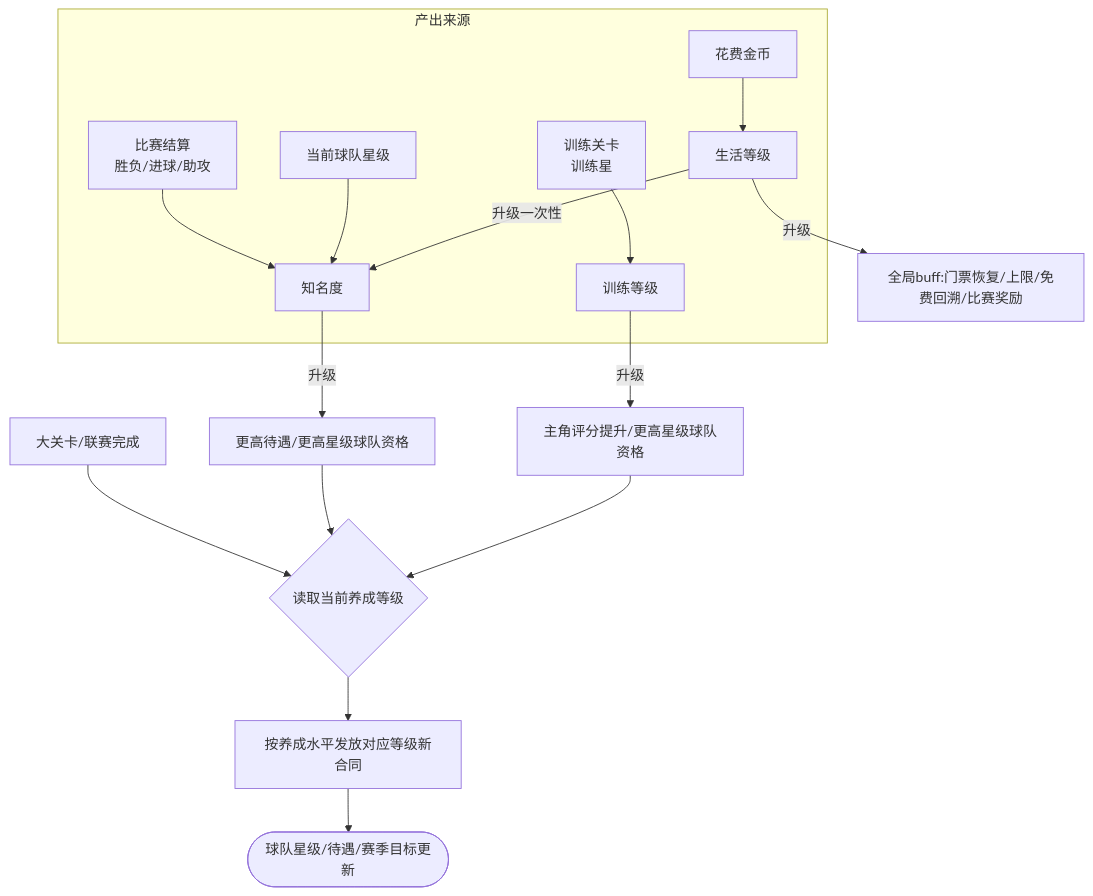
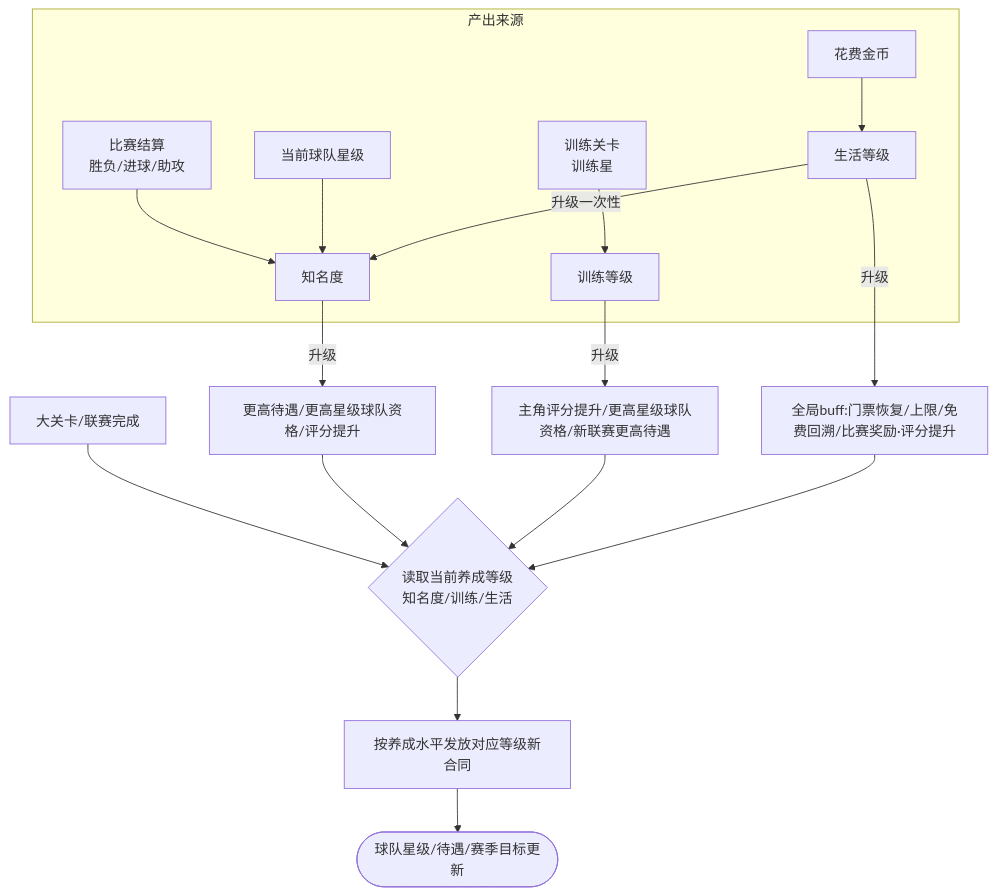
The fourth of 11 diagrams in output/2026世界杯主题活动-开发文档.md (RehearsalTap4Fun/MindToDoc), drawn with Mermaid before and after one commit. The commit also changed other lines of this file, not shown here.

````diff
--- a/output/2026世界杯主题活动-开发文档.md
+++ b/output/2026世界杯主题活动-开发文档.md
@@ -385,18 +388,19 @@
 ```mermaid
 flowchart TD
     subgraph 产出来源
     A[比赛结算<br/>胜负/进球/助攻] --> N[知名度]
     B[当前球队星级] --> N
     C[训练关卡<br/>训练星] --> T[训练等级]
     D[花费金币] --> L[生活等级]
     L -->|升级一次性| N
     end
-    N -->|升级| E[更高待遇/更高星级球队资格]
-    T -->|升级| F[主角评分提升/更高星级球队资格]
-    L -->|升级| G[全局buff:门票恢复/上限/免费回溯/比赛奖励]
-    H[大关卡/联赛完成] --> I{读取当前养成等级}
+    N -->|升级| E[更高待遇/更高星级球队资格/评分提升]
+    T -->|升级| F[主角评分提升/更高星级球队资格/新联赛更高待遇]
+    L -->|升级| G[全局buff:门票恢复/上限/免费回溯/比赛奖励·评分提升]
+    H[大关卡/联赛完成] --> I{读取当前养成等级<br/>知名度/训练/生活}
     E --> I
     F --> I
+    G --> I
     I --> J[按养成水平发放对应等级新合同]
     J --> K([球队星级/待遇/赛季目标更新])
 ```
````
